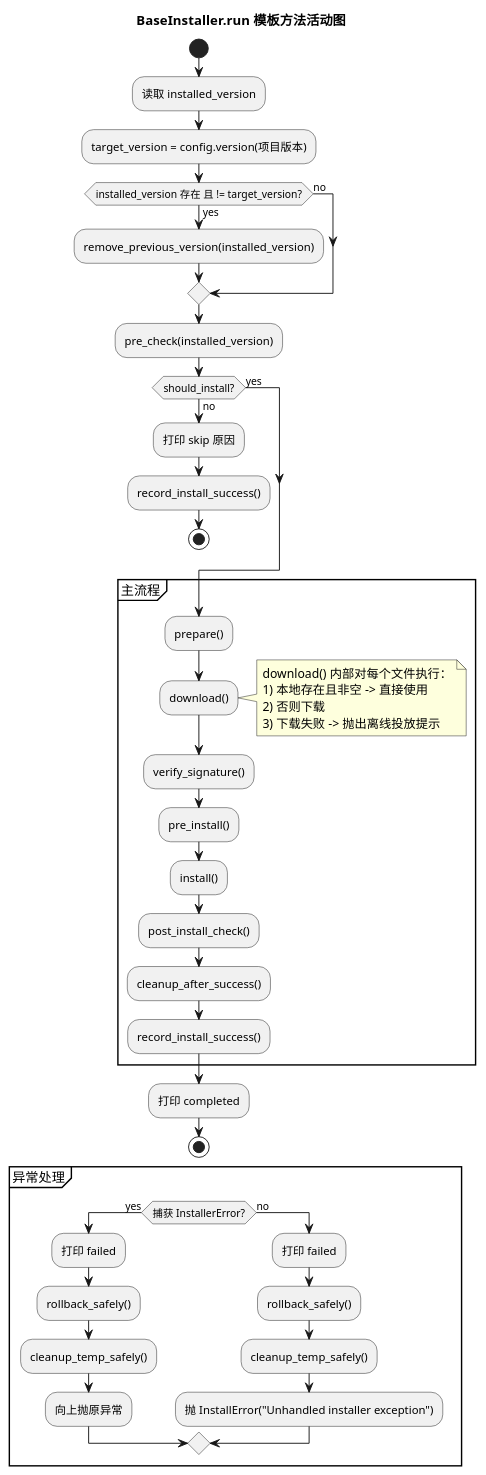
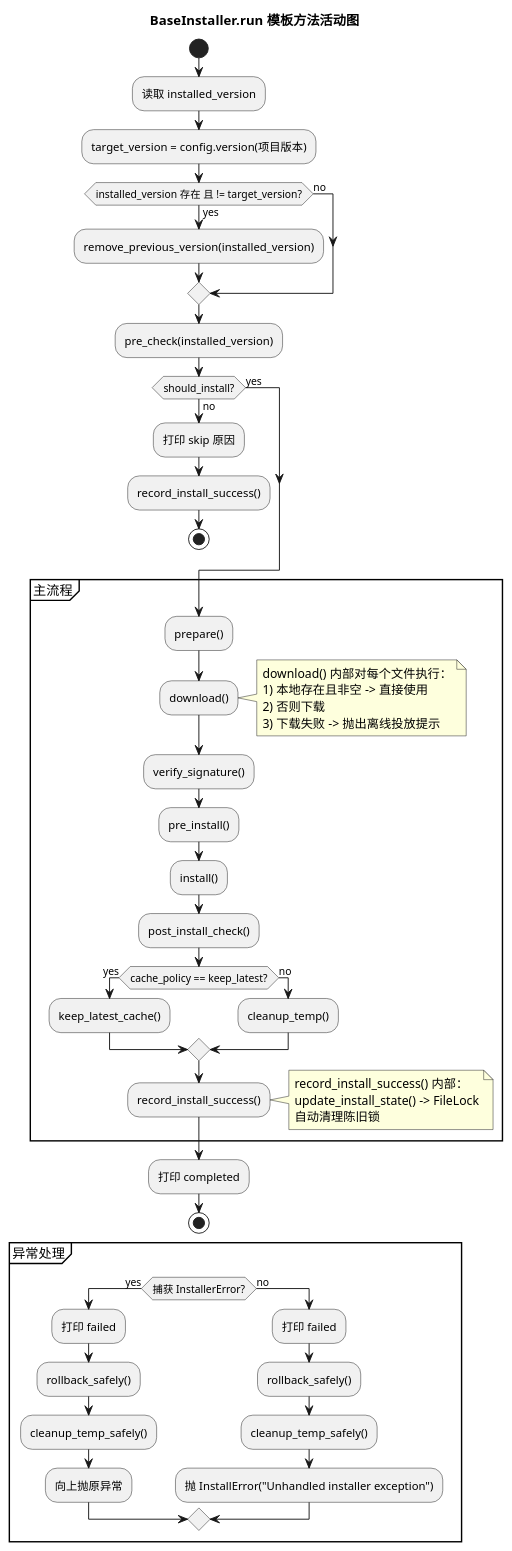
One commit to F350150/package changed the diagram in docs/puml/installer_template_activity.puml. Above: the diagram before and after it, drawn with PlantUML. The commit also changed 36 other files, not shown here.

Commit message:
feat: harden installer lock/retry flow and refresh e2e docs

```diff
--- a/docs/puml/installer_template_activity.puml
+++ b/docs/puml/installer_template_activity.puml
@@ -1,56 +1,65 @@
 @startuml
 
 title BaseInstaller.run 模板方法活动图
 
 start
 :读取 installed_version;
 :target_version = config.version(项目版本);
 
 if (installed_version 存在 且 != target_version?) then (yes)
   :remove_previous_version(installed_version);
 else (no)
 endif
 
 :pre_check(installed_version);
 if (should_install?) then (no)
   :打印 skip 原因;
   :record_install_success();
   stop
 else (yes)
 endif
 
 partition "主流程" {
   :prepare();
   :download();
   note right
     download() 内部对每个文件执行：
     1) 本地存在且非空 -> 直接使用
     2) 否则下载
     3) 下载失败 -> 抛出离线投放提示
   end note
   :verify_signature();
   :pre_install();
   :install();
   :post_install_check();
-  :cleanup_after_success();
+  if (cache_policy == keep_latest?) then (yes)
+    :keep_latest_cache();
+  else (no)
+    :cleanup_temp();
+  endif
   :record_install_success();
+  note right
+    record_install_success() 内部：
+    update_install_state() -> FileLock
+    自动清理陈旧锁
+  end note
 }
 
 :打印 completed;
 stop
 
 partition "异常处理" {
   if (捕获 InstallerError?) then (yes)
     :打印 failed;
     :rollback_safely();
     :cleanup_temp_safely();
     :向上抛原异常;
   else (no)
     :打印 failed;
     :rollback_safely();
     :cleanup_temp_safely();
     :抛 InstallError("Unhandled installer exception");
   endif
 }
 
 @enduml
```
